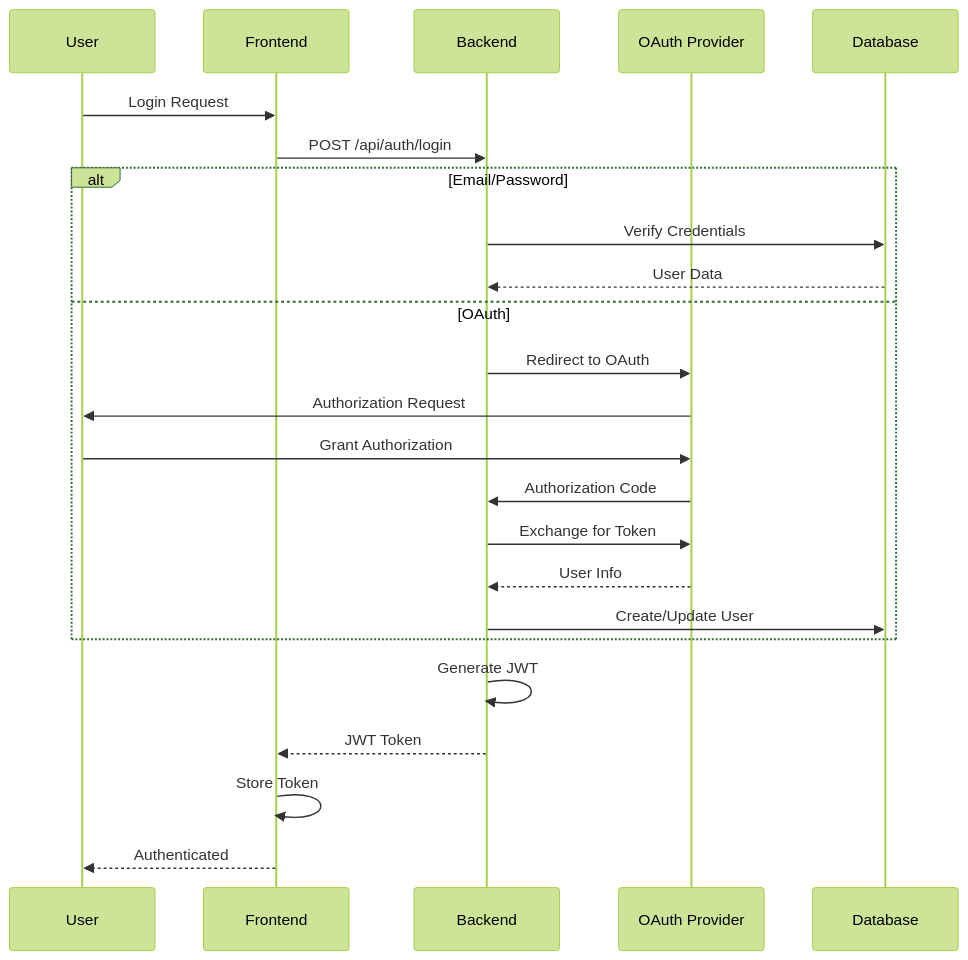
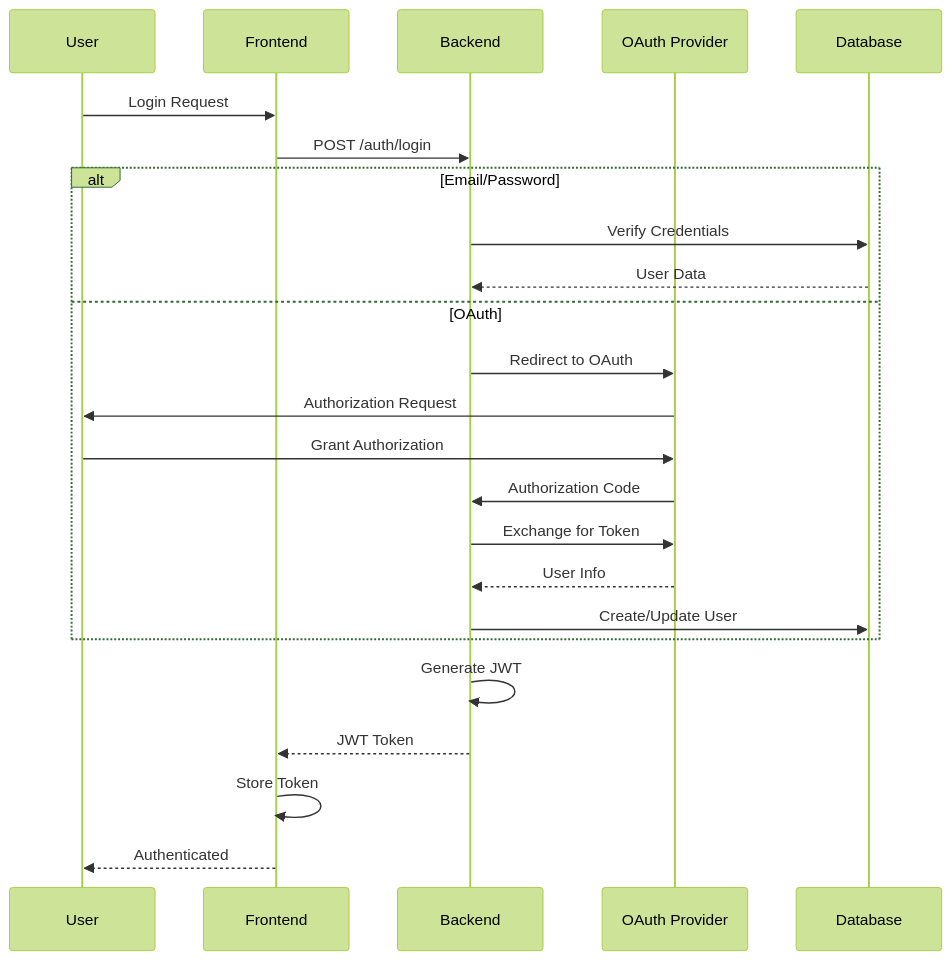
The diagram in docs/auth/AUTHENTICATION_SECURITY.md (netra-systems/zen), drawn with Mermaid (forest theme) before and after one commit. The commit also changed other lines of this file and 310 other files, not shown here.

````diff
--- a/docs/auth/AUTHENTICATION_SECURITY.md
+++ b/docs/auth/AUTHENTICATION_SECURITY.md
@@ -40,29 +40,29 @@
 ```mermaid
 sequenceDiagram
     participant User
     participant Frontend
     participant Backend
     participant OAuth Provider
     participant Database
 
     User->>Frontend: Login Request
-    Frontend->>Backend: POST /api/auth/login
+    Frontend->>Backend: POST /auth/login
     
     alt Email/Password
         Backend->>Database: Verify Credentials
         Database-->>Backend: User Data
     else OAuth
         Backend->>OAuth Provider: Redirect to OAuth
         OAuth Provider->>User: Authorization Request
         User->>OAuth Provider: Grant Authorization
         OAuth Provider->>Backend: Authorization Code
         Backend->>OAuth Provider: Exchange for Token
         OAuth Provider-->>Backend: User Info
         Backend->>Database: Create/Update User
     end
     
     Backend->>Backend: Generate JWT
     Backend-->>Frontend: JWT Token
     Frontend->>Frontend: Store Token
     Frontend-->>User: Authenticated
 ```
````
